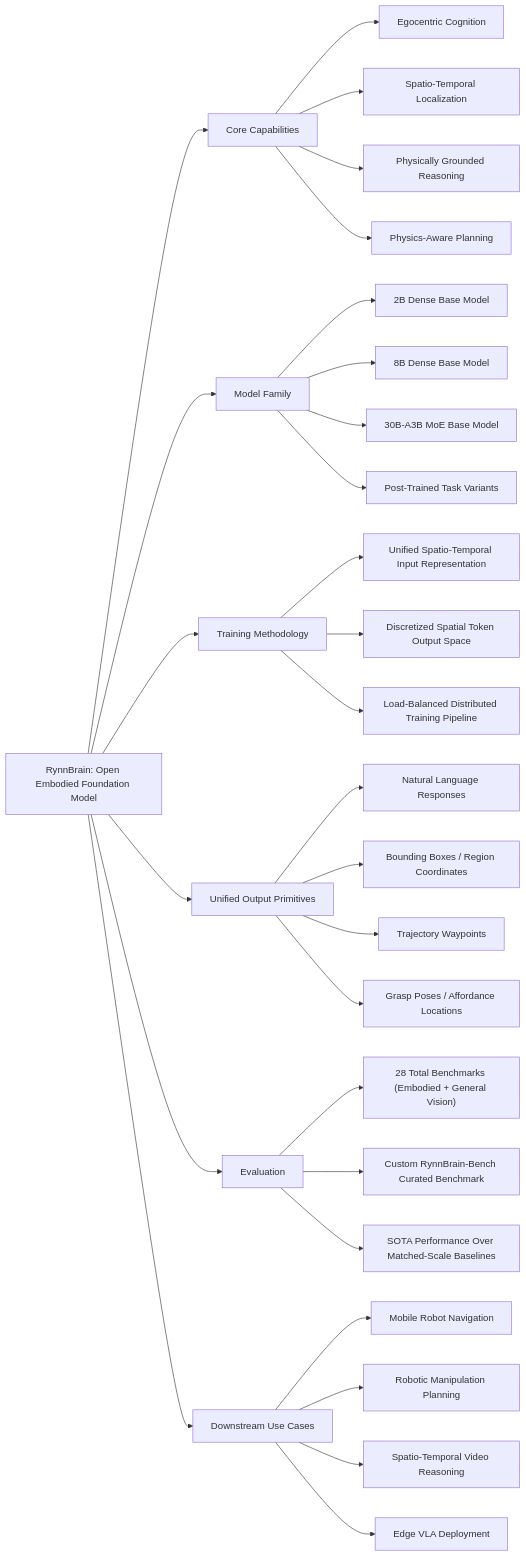
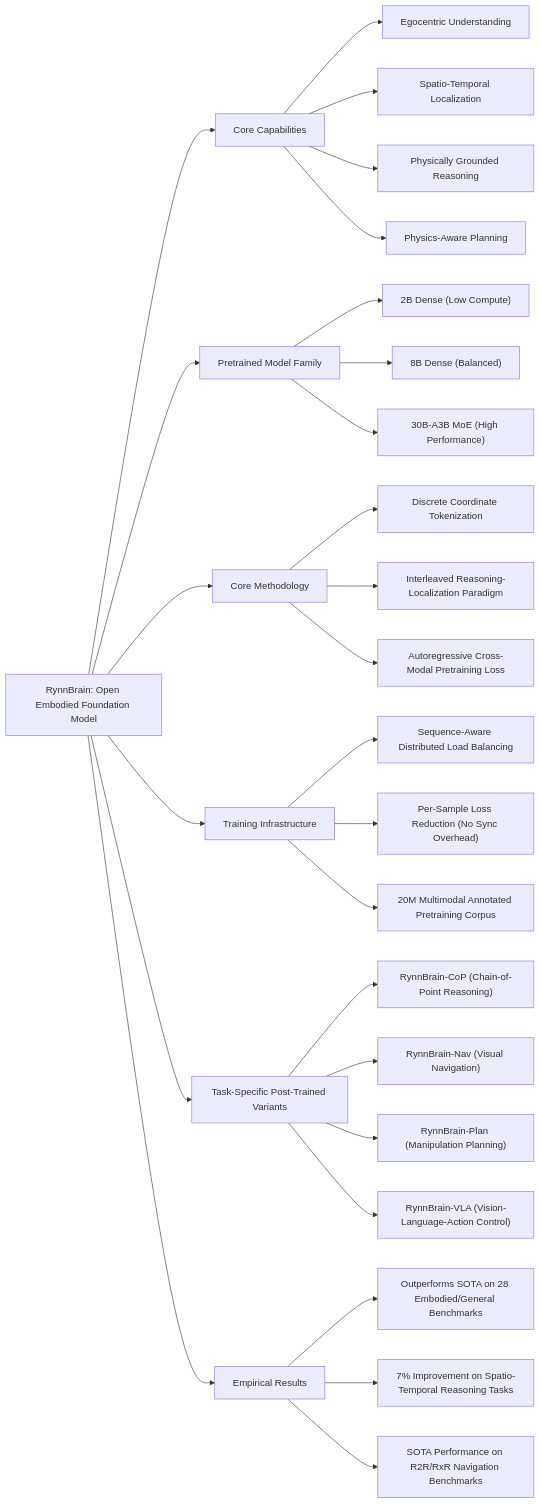
One commit to DannyWANGD/PaperBrain changed the diagram in Research_Notes/RynnBrain.md. Above: the diagram before and after it, drawn with Mermaid. The commit also changed other lines of this file and 96 other files, not shown here.

````diff
--- a/Research_Notes/RynnBrain.md
+++ b/Research_Notes/RynnBrain.md
@@ -94,68 +83,64 @@
 ```mermaid
 graph LR
     A["RynnBrain: Open Embodied Foundation Model"]
-    %% Core Capabilities Branch
+    %% Core Capabilities
     B["Core Capabilities"]
-    B1["Egocentric Cognition"]
+    B1["Egocentric Understanding"]
     B2["Spatio-Temporal Localization"]
     B3["Physically Grounded Reasoning"]
     B4["Physics-Aware Planning"]
-    %% Model Family Branch
-    C["Model Family"]
-    C1["2B Dense Base Model"]
-    C2["8B Dense Base Model"]
-    C3["30B-A3B MoE Base Model"]
-    C4["Post-Trained Task Variants"]
-    %% Training Methodology Branch
-    D["Training Methodology"]
-    D1["Unified Spatio-Temporal Input Representation"]
-    D2["Discretized Spatial Token Output Space"]
-    D3["Load-Balanced Distributed Training Pipeline"]
-    %% Outputs Branch
-    E["Unified Output Primitives"]
-    E1["Natural Language Responses"]
-    E2["Bounding Boxes / Region Coordinates"]
-    E3["Trajectory Waypoints"]
-    E4["Grasp Poses / Affordance Locations"]
-    %% Evaluation Branch
-    F["Evaluation"]
-    F1["28 Total Benchmarks (Embodied + General Vision)"]
-    F2["Custom RynnBrain-Bench Curated Benchmark"]
-    F3["SOTA Performance Over Matched-Scale Baselines"]
-    %% Downstream Use Cases
-    G["Downstream Use Cases"]
-    G1["Mobile Robot Navigation"]
-    G2["Robotic Manipulation Planning"]
-    G3["Spatio-Temporal Video Reasoning"]
-    G4["Edge VLA Deployment"]
+    %% Model Variants
+    C["Pretrained Model Family"]
+    C1["2B Dense (Low Compute)"]
+    C2["8B Dense (Balanced)"]
+    C3["30B-A3B MoE (High Performance)"]
+    %% Core Methodology
+    D["Core Methodology"]
+    D1["Discrete Coordinate Tokenization"]
+    D2["Interleaved Reasoning-Localization Paradigm"]
+    D3["Autoregressive Cross-Modal Pretraining Loss"]
+    %% Training Infrastructure
+    E["Training Infrastructure"]
+    E1["Sequence-Aware Distributed Load Balancing"]
+    E2["Per-Sample Loss Reduction (No Sync Overhead)"]
+    E3["20M Multimodal Annotated Pretraining Corpus"]
+    %% Downstream Post-Trained Variants
+    F["Task-Specific Post-Trained Variants"]
+    F1["RynnBrain-CoP (Chain-of-Point Reasoning)"]
+    F2["RynnBrain-Nav (Visual Navigation)"]
+    F3["RynnBrain-Plan (Manipulation Planning)"]
+    F4["RynnBrain-VLA (Vision-Language-Action Control)"]
+    %% Key Results
+    G["Empirical Results"]
+    G1["Outperforms SOTA on 28 Embodied/General Benchmarks"]
+    G2["7% Improvement on Spatio-Temporal Reasoning Tasks"]
+    G3["SOTA Performance on R2R/RxR Navigation Benchmarks"]
 
-    %% Connections
+    %% Edges
     A --> B
     B --> B1
     B --> B2
     B --> B3
     B --> B4
     A --> C
     C --> C1
     C --> C2
     C --> C3
-    C --> C4
     A --> D
     D --> D1
     D --> D2
     D --> D3
     A --> E
     E --> E1
     E --> E2
     E --> E3
-    E --> E4
     A --> F
     F --> F1
     F --> F2
     F --> F3
+    F --> F4
     A --> G
     G --> G1
     G --> G2
     G --> G3
-    G --> G4
 ```
````
